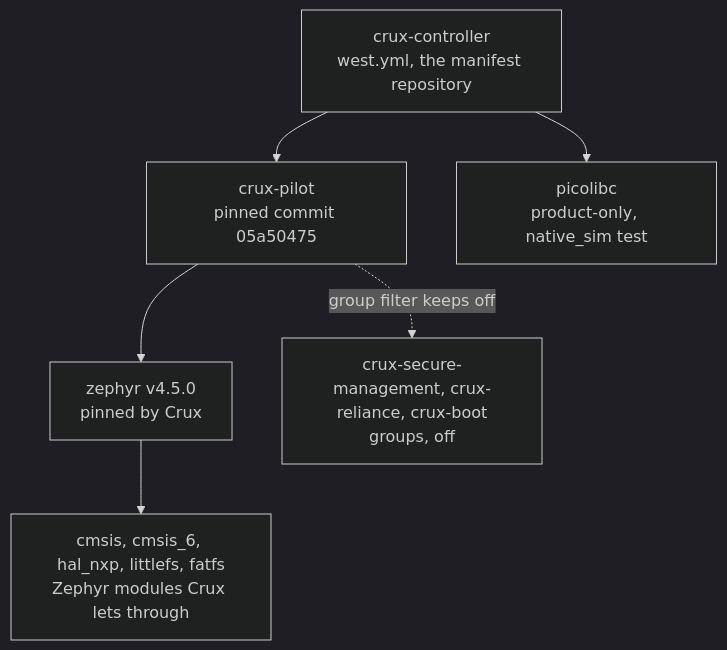
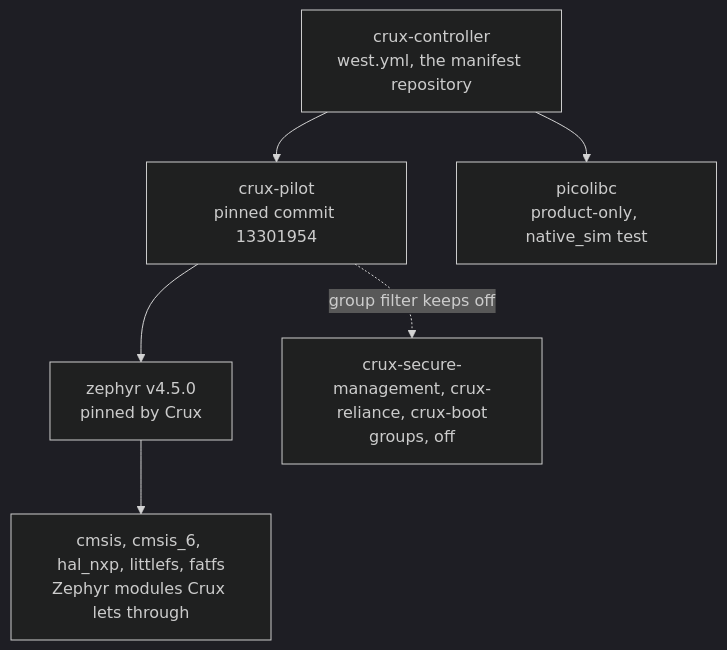
One commit to wonny-labs/crux-controller changed the diagram in docs/dependencies.md. Above: the diagram before and after it, drawn with Mermaid (dark theme). The commit also changed other lines of this file and 16 other files, not shown here.

First line of the commit message:
build(west): pin crux-pilot to 13301954

````diff
--- a/docs/dependencies.md
+++ b/docs/dependencies.md
@@ -16,14 +16,14 @@
 ```mermaid
 flowchart TD
     CC["crux-controller<br/>west.yml, the manifest repository"]
-    CP["crux-pilot<br/>pinned commit 05a50475"]
+    CP["crux-pilot<br/>pinned commit 13301954"]
     ZP["zephyr v4.5.0<br/>pinned by Crux"]
     MOD["cmsis, cmsis_6, hal_nxp, littlefs, fatfs<br/>Zephyr modules Crux lets through"]
     PL["picolibc<br/>product-only, native_sim test"]
     OFF["crux-secure-management, crux-reliance, crux-boot<br/>groups, off"]
     CC --> CP
     CC --> PL
     CP --> ZP
     ZP --> MOD
     CP -. "group filter keeps off" .-> OFF
 ```
````
